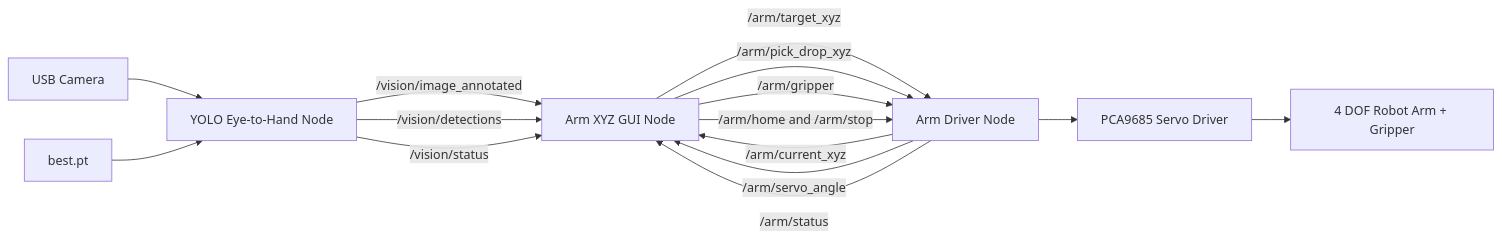
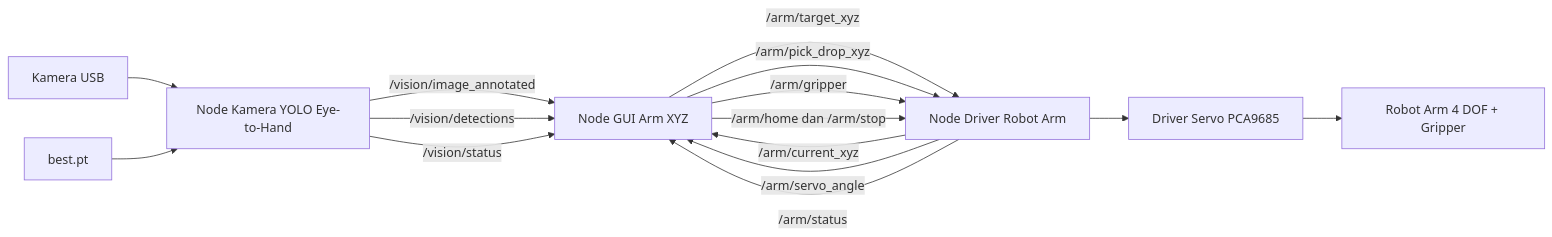
The diagram in README.md (Arif-Efendi/robot-arm-4dof-ros2-humble-yolo), drawn with Mermaid before and after one commit. The commit also changed other lines of this file and 2 other files, not shown here.

````diff
--- a/README.md
+++ b/README.md
@@ -24,17 +23,17 @@
 ```mermaid
 flowchart LR
-    Camera[USB Camera] --> Vision[YOLO Eye-to-Hand Node]
+    Kamera[Kamera USB] --> Vision[Node Kamera YOLO Eye-to-Hand]
     Model[best.pt] --> Vision
-    Vision -->|/vision/image_annotated| GUI[Arm XYZ GUI Node]
+    Vision -->|/vision/image_annotated| GUI[Node GUI Arm XYZ]
     Vision -->|/vision/detections| GUI
     Vision -->|/vision/status| GUI
-    GUI -->|/arm/target_xyz| Driver[Arm Driver Node]
+    GUI -->|/arm/target_xyz| Driver[Node Driver Robot Arm]
     GUI -->|/arm/pick_drop_xyz| Driver
     GUI -->|/arm/gripper| Driver
-    GUI -->|/arm/home and /arm/stop| Driver
+    GUI -->|/arm/home dan /arm/stop| Driver
     Driver -->|/arm/current_xyz| GUI
     Driver -->|/arm/servo_angle| GUI
     Driver -->|/arm/status| GUI
-    Driver --> PCA9685[PCA9685 Servo Driver]
-    PCA9685 --> Arm[4 DOF Robot Arm + Gripper]
+    Driver --> PCA9685[Driver Servo PCA9685]
+    PCA9685 --> Arm[Robot Arm 4 DOF + Gripper]
 ```
````
